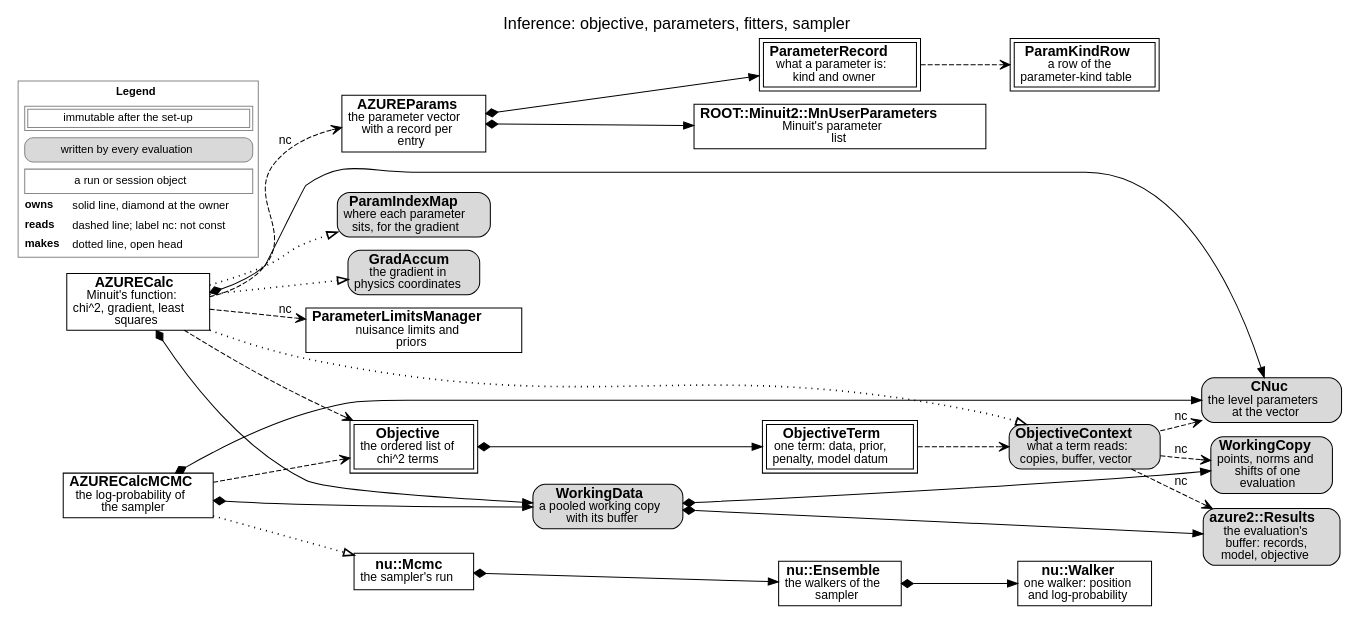
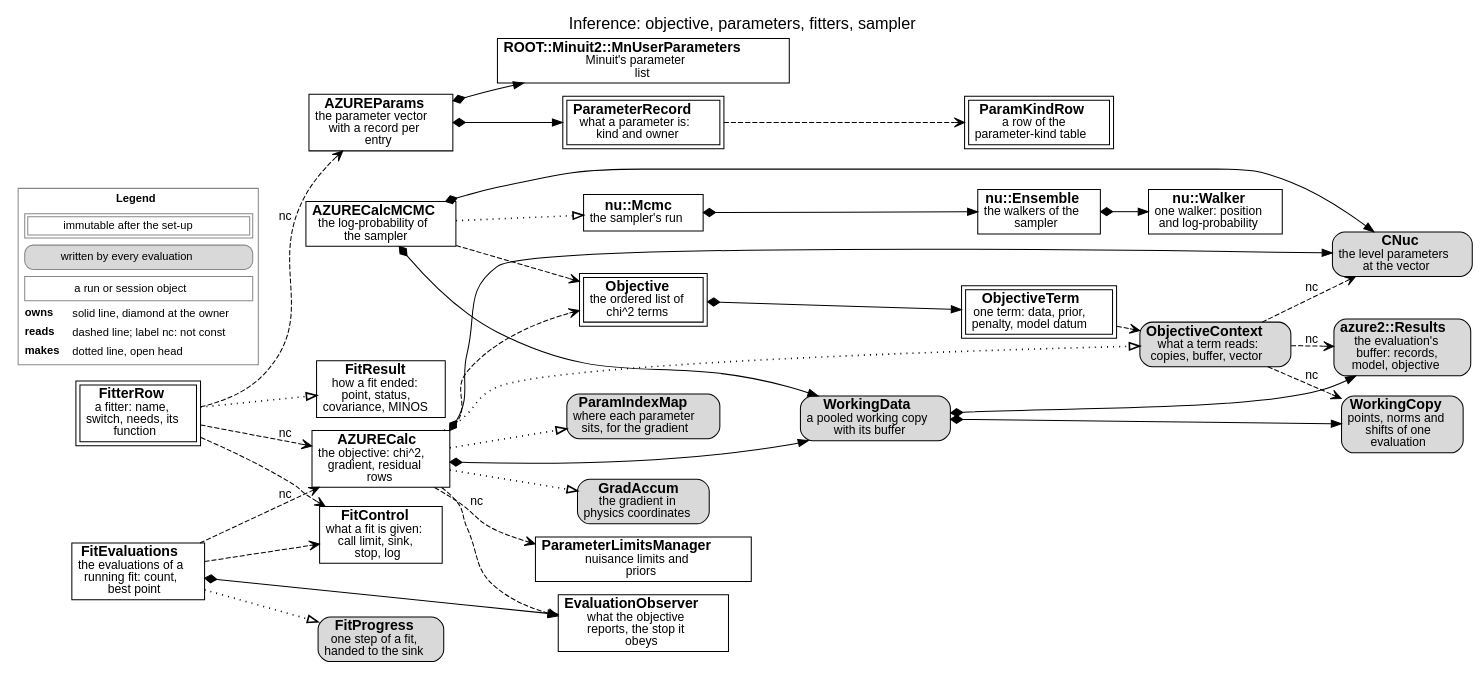
One commit to AZURE2DEV/AZURE2 changed the diagram in docs/source/developer/figures/inference.dot. Above: the diagram before and after it, drawn with Graphviz. The commit also changed 35 other files, not shown here.

```diff
--- a/docs/source/developer/figures/inference.dot
+++ b/docs/source/developer/figures/inference.dot
@@ -1,49 +1,63 @@
 digraph inference {
   graph [rankdir=LR, fontname="Helvetica", fontsize=16, labelloc=t, label="Inference: objective, parameters, fitters, sampler", nodesep=0.18, ranksep=0.3, newrank=true];
   node [fontname="Helvetica", fontsize=14, margin="0.08,0.04"];
   edge [fontname="Helvetica", fontsize=12];
-  n_AZURECalc [label=<<b>AZURECalc</b><br/><font point-size="12">Minuit&#x27;s function:<br/>chi^2, gradient, least<br/>squares</font>>, shape=box, style="filled", fillcolor="white"];
+  n_AZURECalc [label=<<b>AZURECalc</b><br/><font point-size="12">the objective: chi^2,<br/>gradient, residual<br/>rows</font>>, shape=box, style="filled", fillcolor="white"];
   n_WorkingData [label=<<b>WorkingData</b><br/><font point-size="12">a pooled working copy<br/>with its buffer</font>>, shape=box, style="rounded,filled", fillcolor="#d9d9d9"];
   n_CNuc [label=<<b>CNuc</b><br/><font point-size="12">the level parameters<br/>at the vector</font>>, shape=box, style="rounded,filled", fillcolor="#d9d9d9"];
   n_WorkingCopy [label=<<b>WorkingCopy</b><br/><font point-size="12">points, norms and<br/>shifts of one<br/>evaluation</font>>, shape=box, style="rounded,filled", fillcolor="#d9d9d9"];
   n_azure2__Results [label=<<b>azure2::Results</b><br/><font point-size="12">the evaluation&#x27;s<br/>buffer: records,<br/>model, objective</font>>, shape=box, style="rounded,filled", fillcolor="#d9d9d9"];
   n_ObjectiveContext [label=<<b>ObjectiveContext</b><br/><font point-size="12">what a term reads:<br/>copies, buffer, vector</font>>, shape=box, style="rounded,filled", fillcolor="#d9d9d9"];
   n_Objective [label=<<b>Objective</b><br/><font point-size="12">the ordered list of<br/>chi^2 terms</font>>, shape=box, peripheries=2, style="filled", fillcolor="white"];
   n_ObjectiveTerm [label=<<b>ObjectiveTerm</b><br/><font point-size="12">one term: data, prior,<br/>penalty, model datum</font>>, shape=box, peripheries=2, style="filled", fillcolor="white"];
   n_AZUREParams [label=<<b>AZUREParams</b><br/><font point-size="12">the parameter vector<br/>with a record per<br/>entry</font>>, shape=box, style="filled", fillcolor="white"];
   n_ROOT__Minuit2__MnUserParameters [label=<<b>ROOT::Minuit2::MnUserParameters</b><br/><font point-size="12">Minuit&#x27;s parameter<br/>list</font>>, shape=box, style="filled", fillcolor="white"];
   n_ParameterRecord [label=<<b>ParameterRecord</b><br/><font point-size="12">what a parameter is:<br/>kind and owner</font>>, shape=box, peripheries=2, style="filled", fillcolor="white"];
   n_ParamKindRow [label=<<b>ParamKindRow</b><br/><font point-size="12">a row of the<br/>parameter-kind table</font>>, shape=box, peripheries=2, style="filled", fillcolor="white"];
   n_ParamIndexMap [label=<<b>ParamIndexMap</b><br/><font point-size="12">where each parameter<br/>sits, for the gradient</font>>, shape=box, style="rounded,filled", fillcolor="#d9d9d9"];
   n_GradAccum [label=<<b>GradAccum</b><br/><font point-size="12">the gradient in<br/>physics coordinates</font>>, shape=box, style="rounded,filled", fillcolor="#d9d9d9"];
   n_ParameterLimitsManager [label=<<b>ParameterLimitsManager</b><br/><font point-size="12">nuisance limits and<br/>priors</font>>, shape=box, style="filled", fillcolor="white"];
+  n_FitterRow [label=<<b>FitterRow</b><br/><font point-size="12">a fitter: name,<br/>switch, needs, its<br/>function</font>>, shape=box, peripheries=2, style="filled", fillcolor="white"];
+  n_FitControl [label=<<b>FitControl</b><br/><font point-size="12">what a fit is given:<br/>call limit, sink,<br/>stop, log</font>>, shape=box, style="filled", fillcolor="white"];
+  n_FitResult [label=<<b>FitResult</b><br/><font point-size="12">how a fit ended:<br/>point, status,<br/>covariance, MINOS</font>>, shape=box, style="filled", fillcolor="white"];
+  n_FitProgress [label=<<b>FitProgress</b><br/><font point-size="12">one step of a fit,<br/>handed to the sink</font>>, shape=box, style="rounded,filled", fillcolor="#d9d9d9"];
+  n_EvaluationObserver [label=<<b>EvaluationObserver</b><br/><font point-size="12">what the objective<br/>reports, the stop it<br/>obeys</font>>, shape=box, style="filled", fillcolor="white"];
+  n_FitEvaluations [label=<<b>FitEvaluations</b><br/><font point-size="12">the evaluations of a<br/>running fit: count,<br/>best point</font>>, shape=box, style="filled", fillcolor="white"];
   n_AZURECalcMCMC [label=<<b>AZURECalcMCMC</b><br/><font point-size="12">the log-probability of<br/>the sampler</font>>, shape=box, style="filled", fillcolor="white"];
   n_nu__Mcmc [label=<<b>nu::Mcmc</b><br/><font point-size="12">the sampler&#x27;s run</font>>, shape=box, style="filled", fillcolor="white"];
   n_nu__Ensemble [label=<<b>nu::Ensemble</b><br/><font point-size="12">the walkers of the<br/>sampler</font>>, shape=box, style="filled", fillcolor="white"];
   n_nu__Walker [label=<<b>nu::Walker</b><br/><font point-size="12">one walker: position<br/>and log-probability</font>>, shape=box, style="filled", fillcolor="white"];
   n_AZURECalc -> n_WorkingData [style=solid, dir=both, arrowtail=diamond, arrowhead=normal];
   n_AZURECalc -> n_CNuc [style=solid, dir=both, arrowtail=diamond, arrowhead=normal];
   n_WorkingData -> n_WorkingCopy [style=solid, dir=both, arrowtail=diamond, arrowhead=normal];
   n_WorkingData -> n_azure2__Results [style=solid, dir=both, arrowtail=diamond, arrowhead=normal];
   n_AZURECalc -> n_ObjectiveContext [style=dotted, penwidth=1.6, arrowhead=empty];
   n_ObjectiveContext -> n_CNuc [style=dashed, arrowhead=vee, label=" nc"];
   n_ObjectiveContext -> n_WorkingCopy [style=dashed, arrowhead=vee, label=" nc"];
   n_ObjectiveContext -> n_azure2__Results [style=dashed, arrowhead=vee, label=" nc"];
   n_Objective -> n_ObjectiveTerm [style=solid, dir=both, arrowtail=diamond, arrowhead=normal];
   n_ObjectiveTerm -> n_ObjectiveContext [style=dashed, arrowhead=vee];
   n_AZURECalc -> n_ParameterLimitsManager [style=dashed, arrowhead=vee, label=" nc"];
   n_AZUREParams -> n_ROOT__Minuit2__MnUserParameters [style=solid, dir=both, arrowtail=diamond, arrowhead=normal];
   n_AZUREParams -> n_ParameterRecord [style=solid, dir=both, arrowtail=diamond, arrowhead=normal];
   n_ParameterRecord -> n_ParamKindRow [style=dashed, arrowhead=vee];
   n_AZURECalc -> n_ParamIndexMap [style=dotted, penwidth=1.6, arrowhead=empty];
   n_AZURECalc -> n_GradAccum [style=dotted, penwidth=1.6, arrowhead=empty];
   n_AZURECalcMCMC -> n_WorkingData [style=solid, dir=both, arrowtail=diamond, arrowhead=normal];
   n_AZURECalcMCMC -> n_CNuc [style=solid, dir=both, arrowtail=diamond, arrowhead=normal];
   n_nu__Mcmc -> n_nu__Ensemble [style=solid, dir=both, arrowtail=diamond, arrowhead=normal];
   n_nu__Ensemble -> n_nu__Walker [style=solid, dir=both, arrowtail=diamond, arrowhead=normal];
   n_AZURECalc -> n_Objective [style=dashed, arrowhead=vee];
-  n_AZURECalc -> n_AZUREParams [style=dashed, arrowhead=vee, label=" nc"];
+  n_FitterRow -> n_AZUREParams [style=dashed, arrowhead=vee, label=" nc"];
+  n_FitterRow -> n_AZURECalc [style=dashed, arrowhead=vee, label=" nc"];
+  n_FitterRow -> n_FitControl [style=dashed, arrowhead=vee];
+  n_FitterRow -> n_FitResult [style=dotted, penwidth=1.6, arrowhead=empty];
+  n_FitEvaluations -> n_AZURECalc [style=dashed, arrowhead=vee, label=" nc"];
+  n_FitEvaluations -> n_EvaluationObserver [style=solid, dir=both, arrowtail=diamond, arrowhead=normal];
+  n_FitEvaluations -> n_FitControl [style=dashed, arrowhead=vee];
+  n_FitEvaluations -> n_FitProgress [style=dotted, penwidth=1.6, arrowhead=empty];
+  n_AZURECalc -> n_EvaluationObserver [style=dashed, arrowhead=vee];
   n_AZURECalcMCMC -> n_nu__Mcmc [style=dotted, penwidth=1.6, arrowhead=empty];
   n_AZURECalcMCMC -> n_Objective [style=dashed, arrowhead=vee];
   legend [shape=plaintext, fontsize=11, label=<<TABLE BORDER="1" CELLBORDER="0" CELLSPACING="3" COLOR="#888888"><TR><TD COLSPAN="2"><B>Legend</B></TD></TR><TR><TD COLSPAN="2"><TABLE BORDER="1" CELLBORDER="1" CELLSPACING="2" CELLPADDING="2"><TR><TD>immutable after the set-up</TD></TR></TABLE></TD></TR><TR><TD COLSPAN="2"><TABLE BORDER="1" CELLBORDER="0" CELLPADDING="3" STYLE="rounded" BGCOLOR="#d9d9d9"><TR><TD>written by every evaluation</TD></TR></TABLE></TD></TR><TR><TD COLSPAN="2"><TABLE BORDER="1" CELLBORDER="0" CELLPADDING="3" ><TR><TD>a run or session object</TD></TR></TABLE></TD></TR><TR><TD ALIGN="LEFT"><B>owns</B></TD><TD ALIGN="LEFT">solid line, diamond at the owner</TD></TR><TR><TD ALIGN="LEFT"><B>reads</B></TD><TD ALIGN="LEFT">dashed line; label nc: not const</TD></TR><TR><TD ALIGN="LEFT"><B>makes</B></TD><TD ALIGN="LEFT">dotted line, open head</TD></TR></TABLE>>];
 }
```
